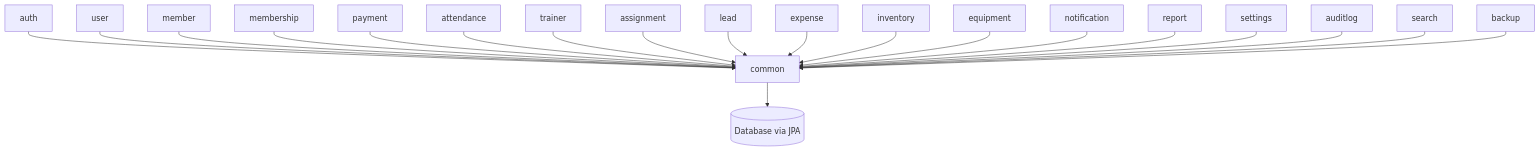
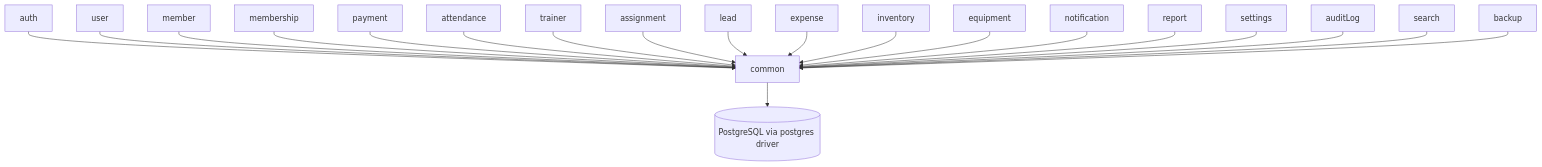
The fourth of 5 diagrams in backend/docs/02-system-architecture.md (sidpd51/gym-app), drawn with Mermaid before and after one commit. The commit also changed other lines of this file and 5 other files, not shown here.

Commit message:
Migrate backend architecture documentation from Java to Node.js/Fastify

````diff
--- a/backend/docs/02-system-architecture.md
+++ b/backend/docs/02-system-architecture.md
@@ -225,22 +238,22 @@
 ```mermaid
 flowchart TD
     auth --> common
     user --> common
     member --> common
     membership --> common
     payment --> common
     attendance --> common
     trainer --> common
     assignment --> common
     lead --> common
     expense --> common
     inventory --> common
     equipment --> common
     notification --> common
     report --> common
     settings --> common
-    auditlog --> common
+    auditLog --> common
     search --> common
     backup --> common
-    common --> DB[(Database via JPA)]
+    common --> DB[(PostgreSQL via postgres driver)]
 ```
````
